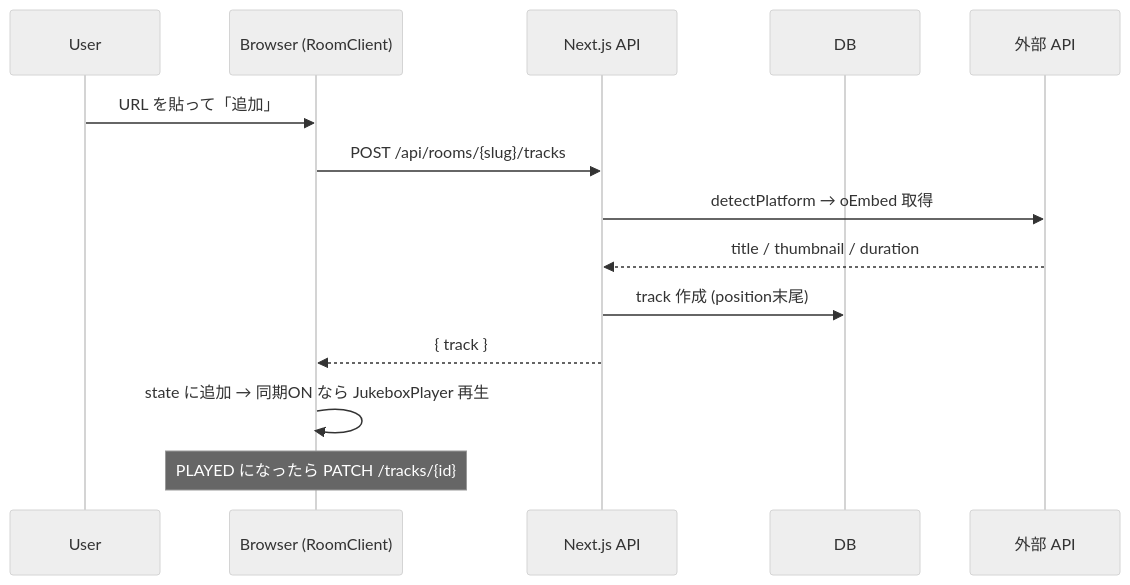
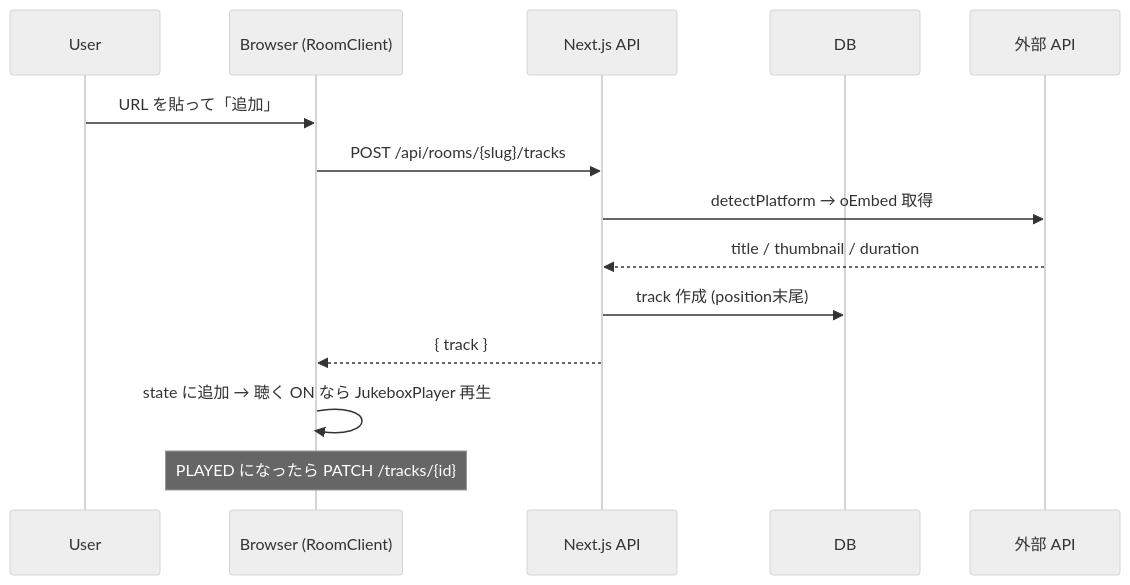
The fourth of 7 diagrams in docs/architecture.md (zagan-the-gun/XW-1), drawn with Mermaid (neutral theme) before and after one commit. The commit also changed other lines of this file and 4 other files, not shown here.

````diff
--- a/docs/architecture.md
+++ b/docs/architecture.md
@@ -101,17 +101,17 @@
 ```mermaid
 sequenceDiagram
     participant U as User
     participant B as Browser (RoomClient)
     participant A as Next.js API
     participant D as DB
     participant E as 外部 API
 
     U->>B: URL を貼って「追加」
     B->>A: POST /api/rooms/{slug}/tracks
     A->>E: detectPlatform → oEmbed 取得
     E-->>A: title / thumbnail / duration
     A->>D: track 作成 (position末尾)
     A-->>B: { track }
-    B->>B: state に追加 → 同期ON なら JukeboxPlayer 再生
+    B->>B: state に追加 → 聴く ON なら JukeboxPlayer 再生
     Note over B: PLAYED になったら PATCH /tracks/{id}
 ```
````
